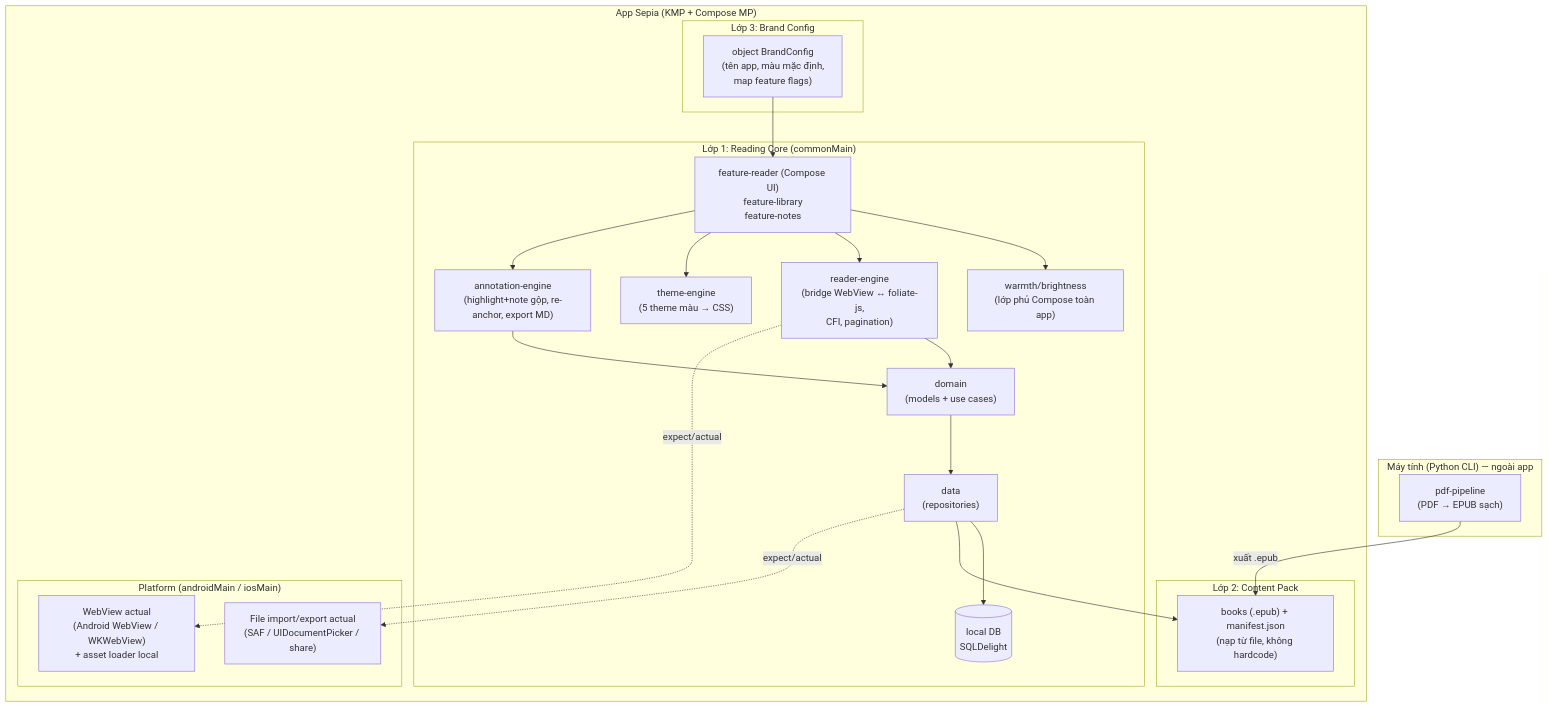
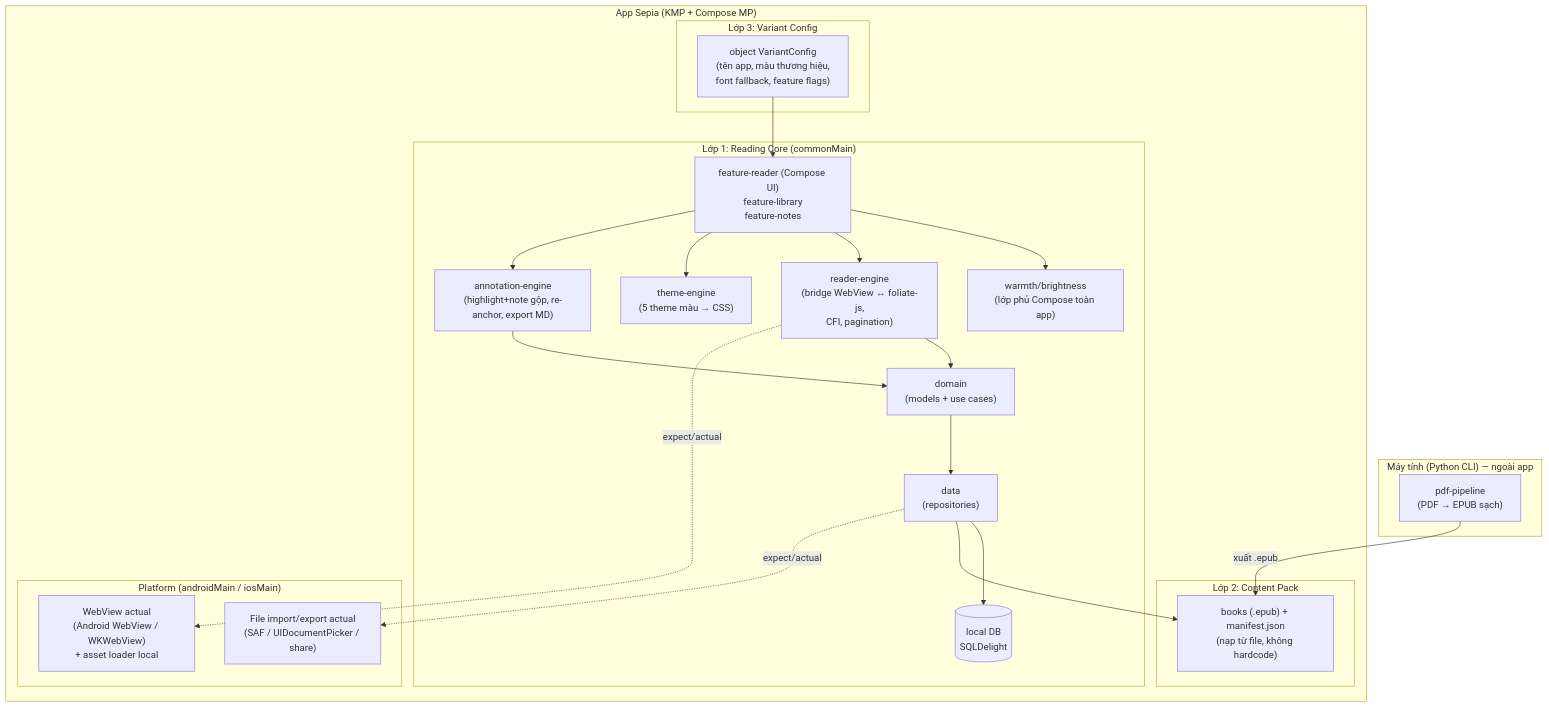
The first of 2 diagrams in docs/02-architecture.md (trinhvandat/agy-kit), drawn with Mermaid before and after one commit. The commit also changed other lines of this file and 10 other files, not shown here.

Commit message:
docs: tách lõi trung tính khỏi biến thể Đông y, đổi BrandConfig → VariantConfig, một nguồn cho font

````diff
--- a/docs/02-architecture.md
+++ b/docs/02-architecture.md
@@ -24,46 +24,46 @@
 ```mermaid
 graph TD
     subgraph Desktop["Máy tính (Python CLI) — ngoài app"]
         PP["pdf-pipeline<br/>(PDF → EPUB sạch)"]
     end
 
     subgraph App["App Sepia (KMP + Compose MP)"]
-        subgraph Brand["Lớp 3: Brand Config"]
-            BF["object BrandConfig<br/>(tên app, màu mặc định,<br/>map feature flags)"]
+        subgraph Variant["Lớp 3: Variant Config"]
+            BF["object VariantConfig<br/>(tên app, màu thương hiệu,<br/>font fallback, feature flags)"]
         end
 
         subgraph Core["Lớp 1: Reading Core (commonMain)"]
             UI["feature-reader (Compose UI)<br/>feature-library<br/>feature-notes"]
             OVL["warmth/brightness<br/>(lớp phủ Compose toàn app)"]
             RE["reader-engine<br/>(bridge WebView ↔ foliate-js,<br/>CFI, pagination)"]
             THM["theme-engine<br/>(5 theme màu → CSS)"]
             ANN["annotation-engine<br/>(highlight+note gộp, re-anchor, export MD)"]
             DOM["domain<br/>(models + use cases)"]
             DATA["data<br/>(repositories)"]
             DB[("local DB<br/>SQLDelight")]
         end
 
         subgraph Content["Lớp 2: Content Pack"]
             CP["books (.epub) + manifest.json<br/>(nạp từ file, không hardcode)"]
         end
 
         subgraph Platform["Platform (androidMain / iosMain)"]
             WV["WebView actual<br/>(Android WebView / WKWebView)<br/>+ asset loader local"]
             FS["File import/export actual<br/>(SAF / UIDocumentPicker / share)"]
         end
     end
 
     PP -->|xuất .epub| CP
     BF --> UI
     UI --> OVL
     UI --> RE
     UI --> THM
     UI --> ANN
     RE --> DOM
     ANN --> DOM
     DOM --> DATA
     DATA --> DB
     DATA --> CP
     RE -. expect/actual .-> WV
     DATA -. expect/actual .-> FS
 ```
````
